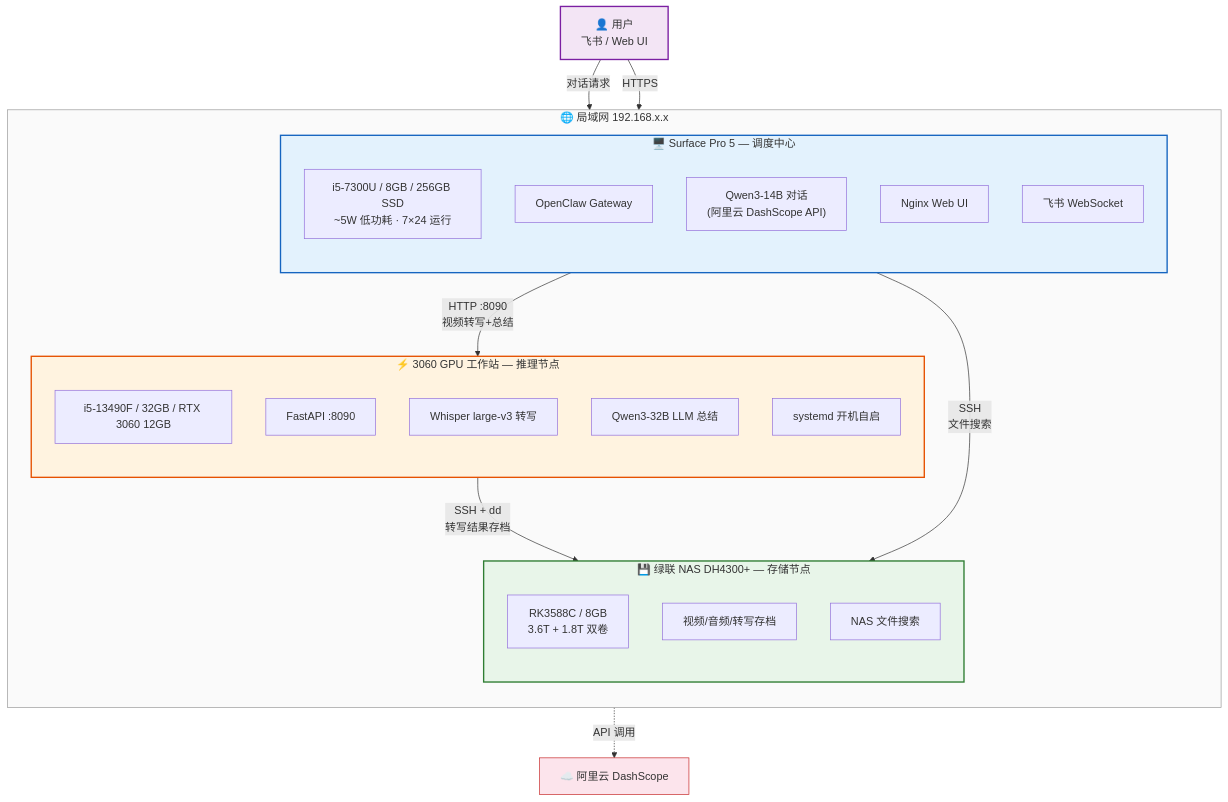
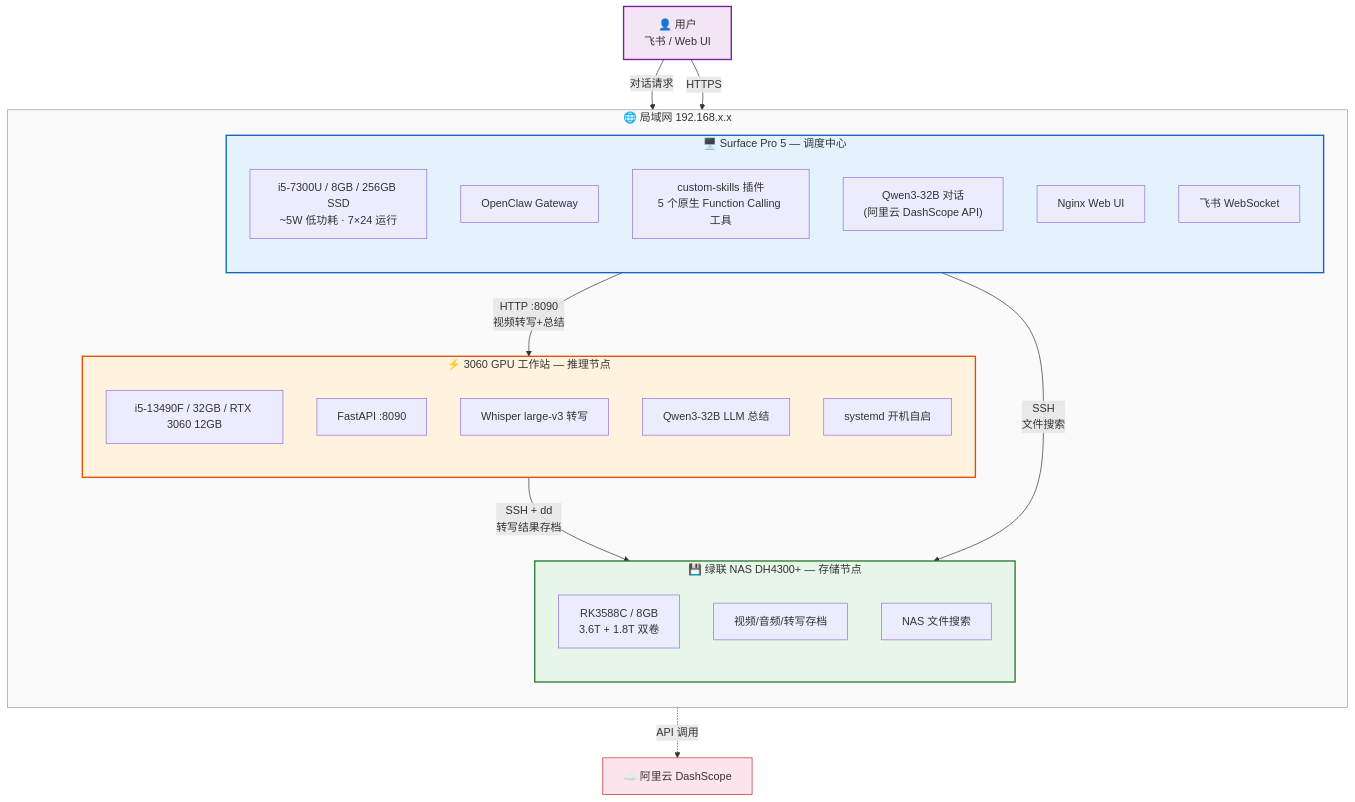
The first of 2 diagrams in README.md (chenweidu666/OpenClaw-Private-AI), drawn with Mermaid before and after one commit. The commit also changed other lines of this file and 5 other files, not shown here.

````diff
--- a/README.md
+++ b/README.md
@@ -27,45 +28,46 @@
 ```mermaid
 graph TB
     subgraph LAN["🌐 局域网 192.168.x.x"]
         direction TB
 
         subgraph SURFACE["🖥️ Surface Pro 5 — 调度中心"]
             direction TB
             S_HW["i5-7300U / 8GB / 256GB SSD<br/>~5W 低功耗 · 7×24 运行"]
             S1["OpenClaw Gateway"]
-            S2["Qwen3-14B 对话<br/>(阿里云 DashScope API)"]
+            S_PLUGIN["custom-skills 插件<br/>5 个原生 Function Calling 工具"]
+            S2["Qwen3-32B 对话<br/>(阿里云 DashScope API)"]
             S3["Nginx Web UI"]
             S4["飞书 WebSocket"]
         end
 
         subgraph GPU["⚡ 3060 GPU 工作站 — 推理节点"]
             direction TB
             G_HW["i5-13490F / 32GB / RTX 3060 12GB"]
             G1["FastAPI :8090"]
             G2["Whisper large-v3 转写"]
             G3["Qwen3-32B LLM 总结"]
             G4["systemd 开机自启"]
         end
 
         subgraph NAS["💾 绿联 NAS DH4300+ — 存储节点"]
             direction TB
             N_HW["RK3588C / 8GB<br/>3.6T + 1.8T 双卷"]
             N1["视频/音频/转写存档"]
             N2["NAS 文件搜索"]
         end
     end
 
     USER["👤 用户<br/>飞书 / Web UI"] -->|"对话请求"| S4
     USER -->|"HTTPS"| S3
     S1 -->|"HTTP :8090<br/>视频转写+总结"| G1
     S1 -->|"SSH<br/>文件搜索"| N2
     G1 -->|"SSH + dd<br/>转写结果存档"| N1
     S2 -.->|"API 调用"| CLOUD["☁️ 阿里云 DashScope"]
 
     style SURFACE fill:#e3f2fd,stroke:#1565c0,stroke-width:2px
     style GPU fill:#fff3e0,stroke:#e65100,stroke-width:2px
     style NAS fill:#e8f5e9,stroke:#2e7d32,stroke-width:2px
     style LAN fill:#fafafa,stroke:#999,stroke-width:1px
     style USER fill:#f3e5f5,stroke:#7b1fa2,stroke-width:2px
     style CLOUD fill:#fce4ec,stroke:#c62828,stroke-width:1px
 ```
````
